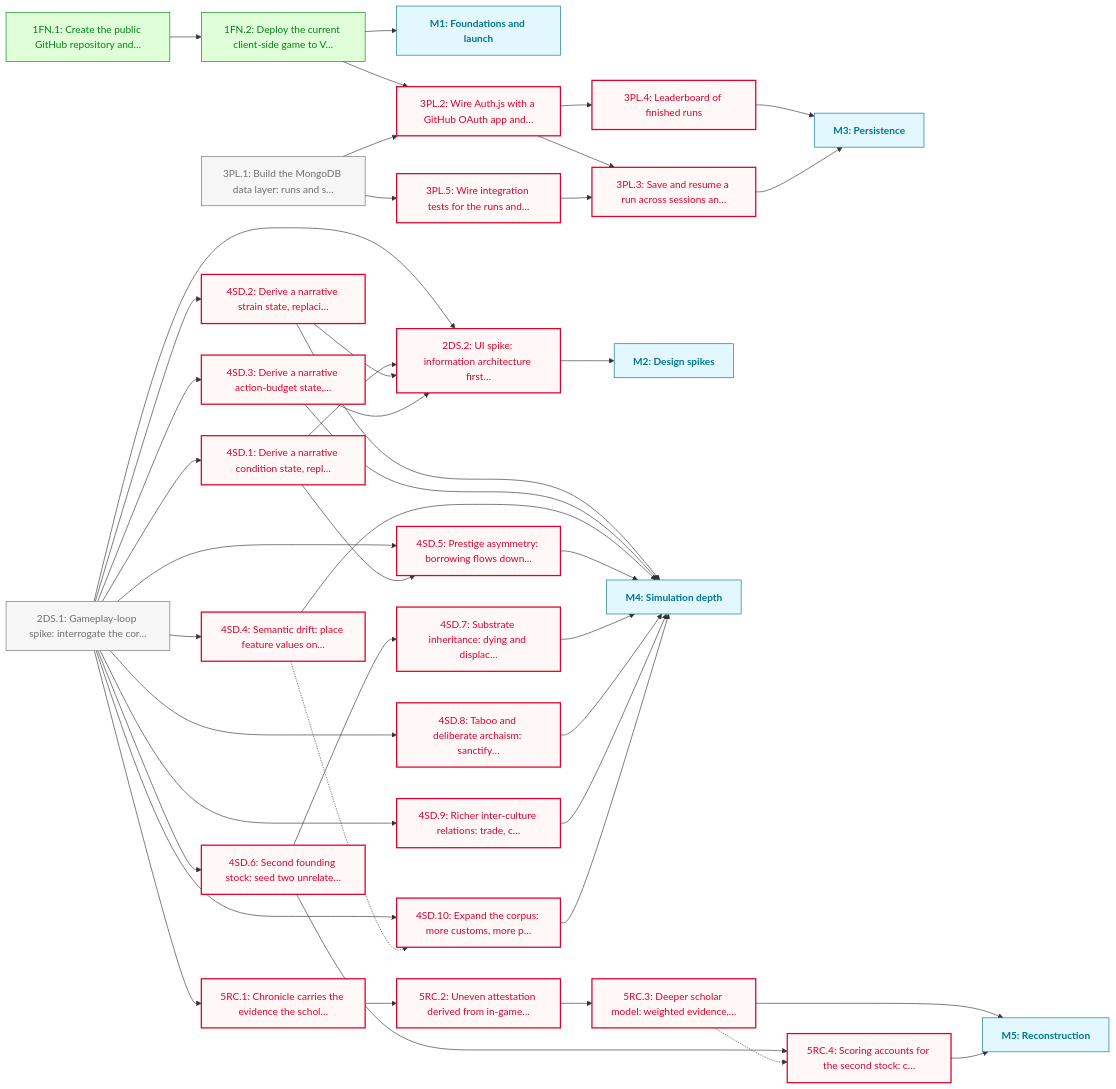
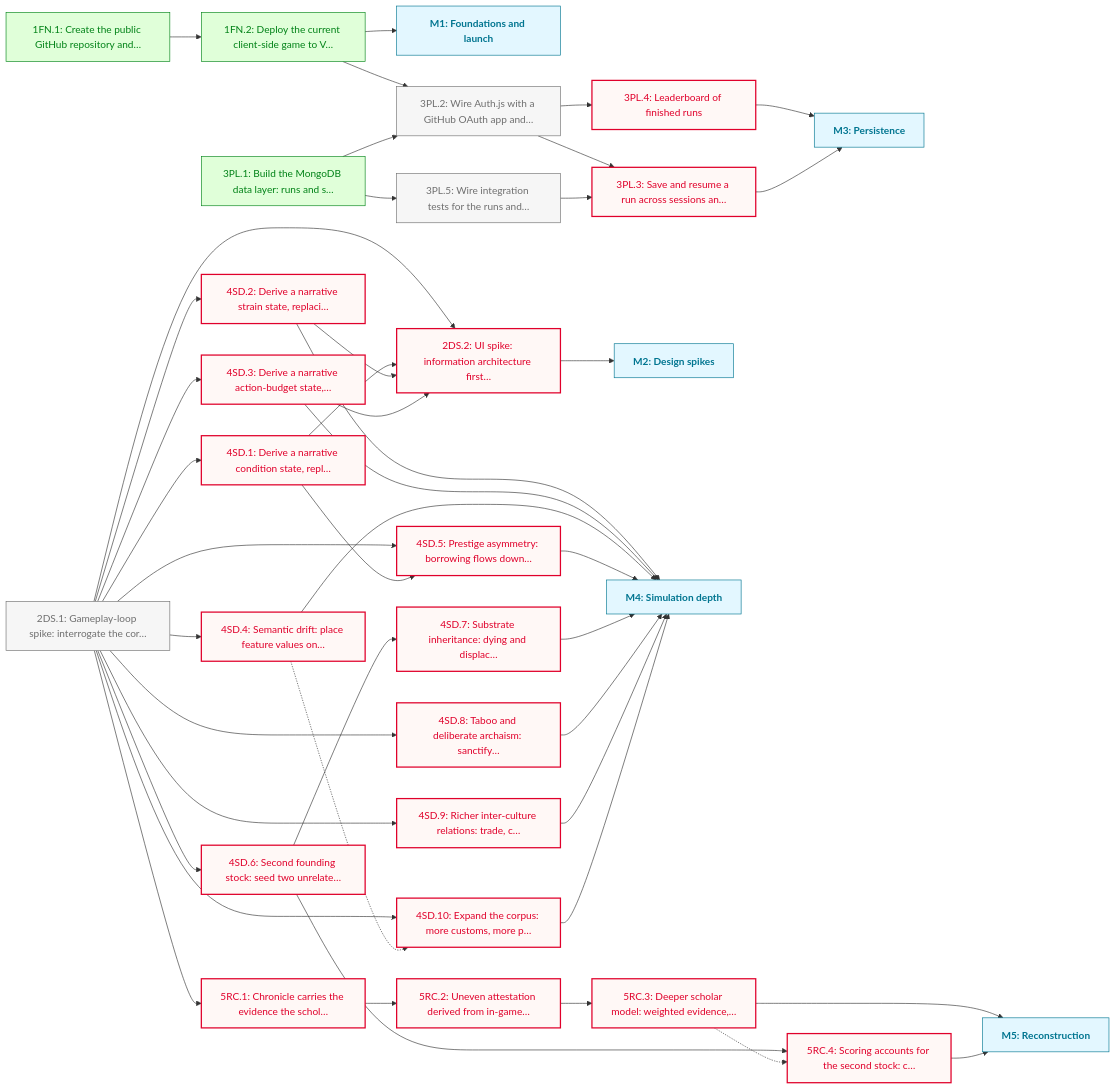
One commit to JasonWarrenUK/urheimat changed the diagram in docs/roadmaps/PHASE_1.md. Above: the diagram before and after it, drawn with Mermaid. The commit also changed other lines of this file and 2 other files, not shown here.

Commit message:
chore: mark 3PL.1 done, unblock 3PL.2 and 3PL.5

````diff
--- a/docs/roadmaps/PHASE_1.md
+++ b/docs/roadmaps/PHASE_1.md
@@ -165,7 +165,7 @@
 	5RC.3 -.-> 5RC.4
 	5RC.3 --> M5
 	5RC.4 --> M5
-	class 2DS.1,3PL.1 todo
-	class 2DS.2,3PL.2,3PL.3,3PL.4,3PL.5,4SD.1,4SD.10,4SD.2,4SD.3,4SD.4,4SD.5,4SD.6,4SD.7,4SD.8,4SD.9,5RC.1,5RC.2,5RC.3,5RC.4 blocked
-	class 1FN.1,1FN.2 done
+	class 2DS.1,3PL.2,3PL.5 todo
+	class 2DS.2,3PL.3,3PL.4,4SD.1,4SD.10,4SD.2,4SD.3,4SD.4,4SD.5,4SD.6,4SD.7,4SD.8,4SD.9,5RC.1,5RC.2,5RC.3,5RC.4 blocked
+	class 1FN.1,1FN.2,3PL.1 done
 ```
````
